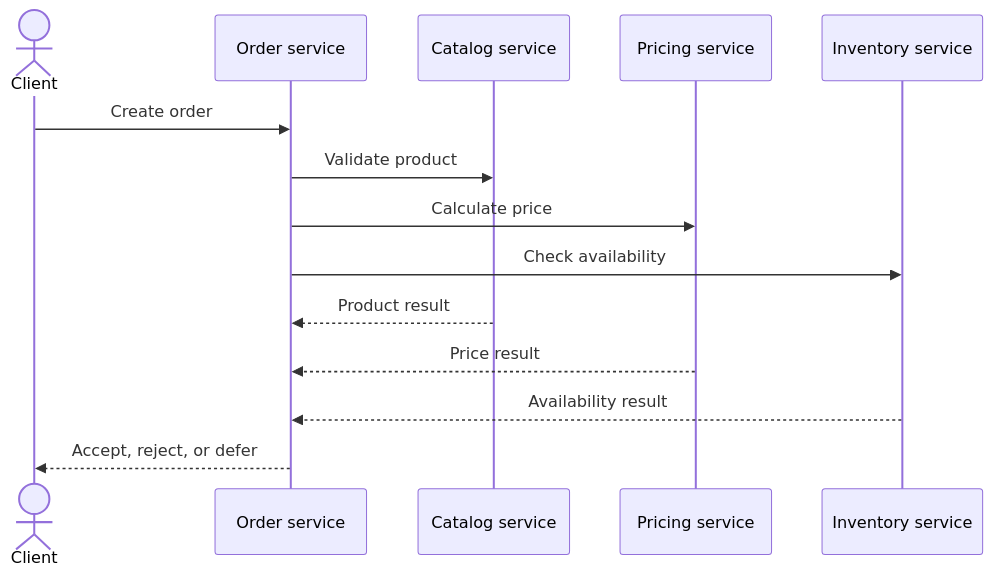
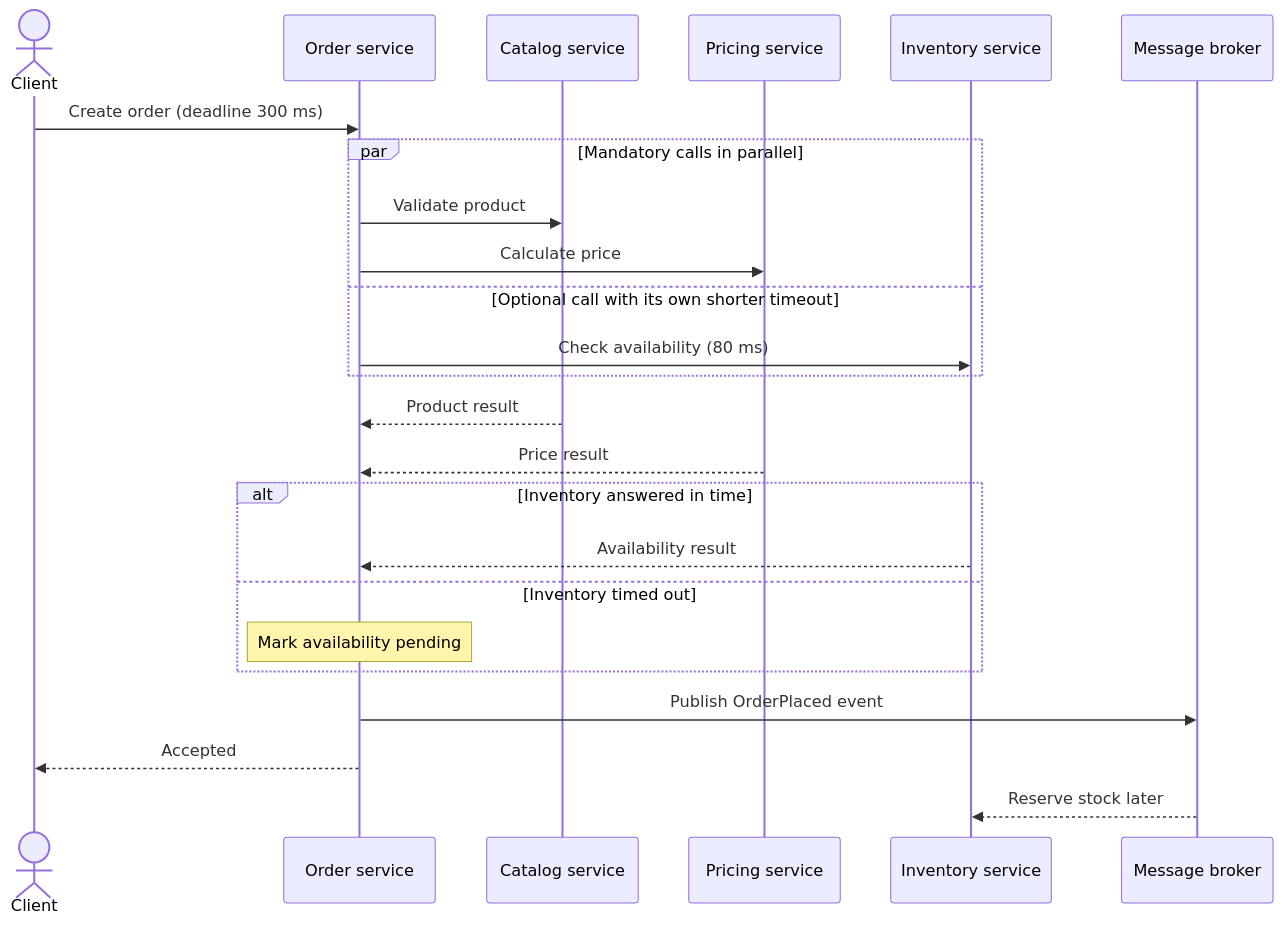
The fourth of 14 diagrams in 20_Architecture_Patterns/CH05_Microservices.md (joydasss/Architect), drawn with Mermaid before and after one commit. The commit also changed other lines of this file and 295 other files, not shown here.

````diff
--- a/20_Architecture_Patterns/CH05_Microservices.md
+++ b/20_Architecture_Patterns/CH05_Microservices.md
@@ -54,16 +307,26 @@
 ```mermaid
 sequenceDiagram
     actor Client
     participant Order as Order service
     participant Catalog as Catalog service
     participant Price as Pricing service
-    participant Inventory as Inventory service
-    Client->>Order: Create order
-    Order->>Catalog: Validate product
-    Order->>Price: Calculate price
-    Order->>Inventory: Check availability
+    participant Stock as Inventory service
+    participant Bus as Message broker
+    Client->>Order: Create order (deadline 300 ms)
+    par Mandatory calls in parallel
+        Order->>Catalog: Validate product
+        Order->>Price: Calculate price
+    and Optional call with its own shorter timeout
+        Order->>Stock: Check availability (80 ms)
+    end
     Catalog-->>Order: Product result
     Price-->>Order: Price result
-    Inventory-->>Order: Availability result
-    Order-->>Client: Accept, reject, or defer
+    alt Inventory answered in time
+        Stock-->>Order: Availability result
+    else Inventory timed out
+        Note over Order: Mark availability pending
+    end
+    Order->>Bus: Publish OrderPlaced event
+    Order-->>Client: Accepted
+    Bus-->>Stock: Reserve stock later
 ```
````
